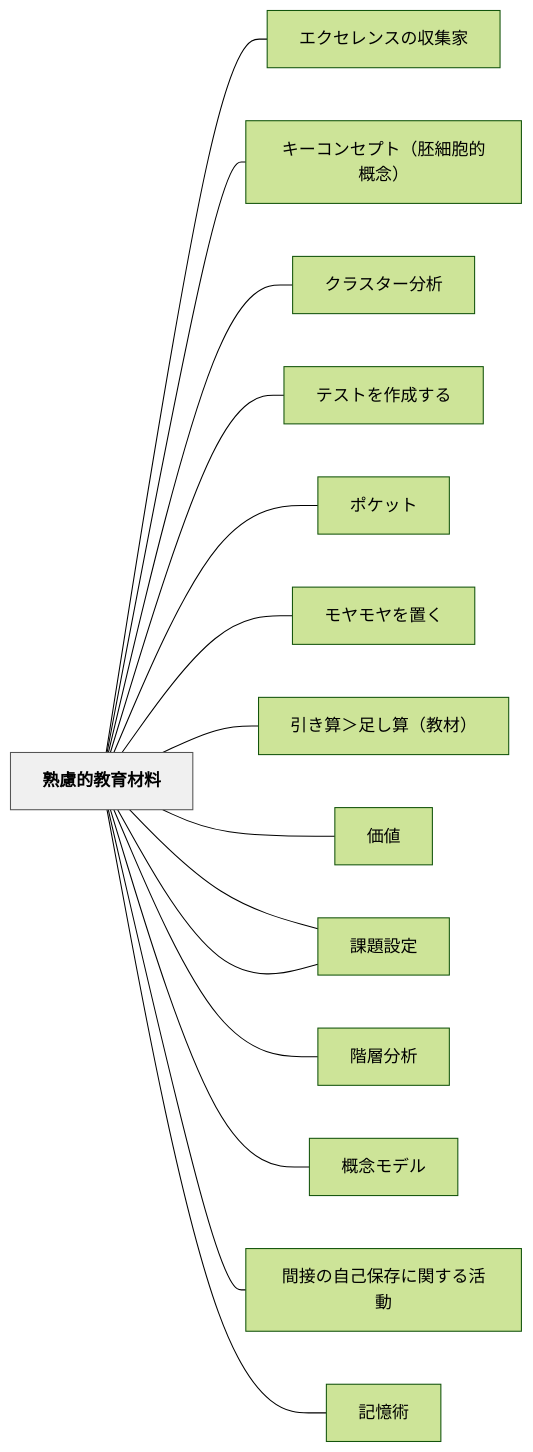
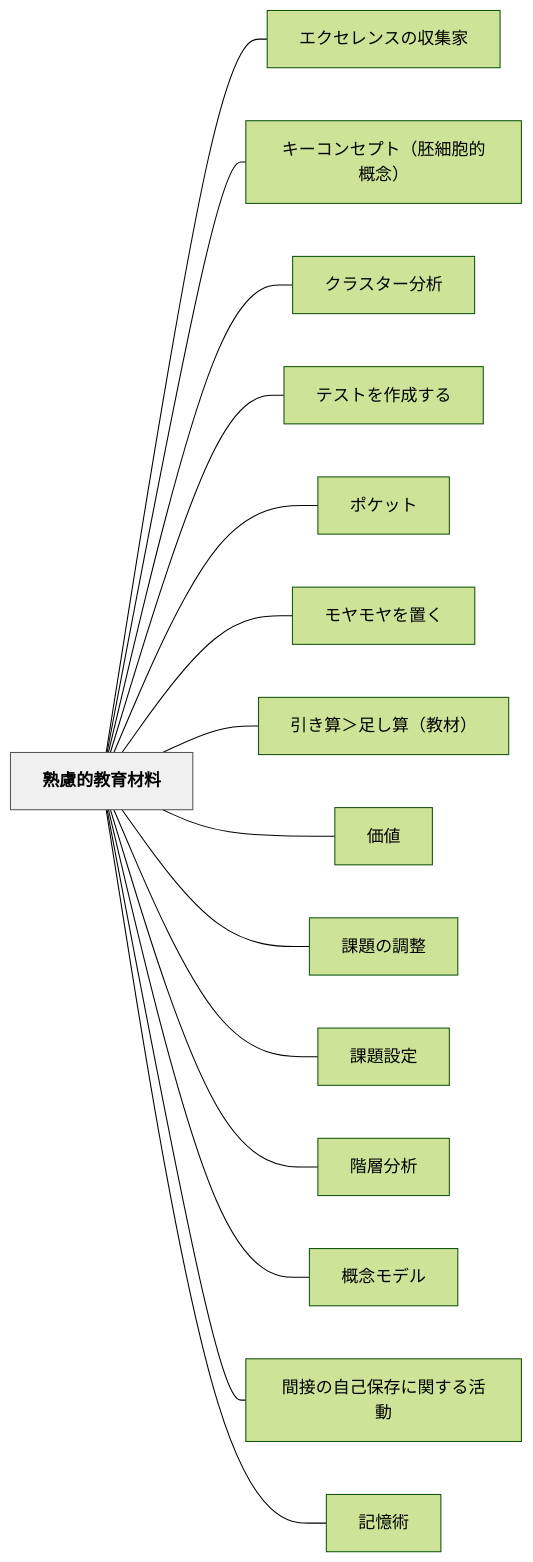
One commit to unknownthings-ed-patterns/unknownthings-ed-patterns changed the diagram in content/パタン/熟慮的教育材料.md. Above: the diagram before and after it, drawn with Mermaid (forest theme). The commit also changed 527 other files, not shown here.

````diff
--- a/content/パタン/熟慮的教育材料.md
+++ b/content/パタン/熟慮的教育材料.md
@@ -91,36 +91,36 @@
 ```mermaid
 flowchart LR
-    ne7869fe685ae["熟慮的教育材料"]
-    ne382a8e382af["エクセレンスの収集家"]
-    ne382ade383bc["キーコンセプト（胚細胞的概念）"]
-    ne382afe383a9["クラスター分析"]
-    ne38386e382b9["テストを作成する"]
-    ne3839de382b1["ポケット"]
-    ne383a2e383a4["モヤモヤを置く"]
-    ne5bc95e3818d["引き算＞足し算（教材）"]
+    ne7869fe685aee79a84e69599e882b2e69d90e69699["熟慮的教育材料"]
+    ne382a8e382afe382bbe383ace383b3e382b9e381aee58f8ee99b86e5aeb6["エクセレンスの収集家"]
+    ne382ade383bce382b3e383b3e382bbe38397e38388efbc88e8839ae7b4b0e8839ee79a84e6a682e5bfb5efbc89["キーコンセプト（胚細胞的概念）"]
+    ne382afe383a9e382b9e382bfe383bce58886e69e90["クラスター分析"]
+    ne38386e382b9e38388e38292e4bd9ce68890e38199e3828b["テストを作成する"]
+    ne3839de382b1e38383e38388["ポケット"]
+    ne383a2e383a4e383a2e383a4e38292e7bdaee3818f["モヤモヤを置く"]
+    ne5bc95e3818de7ae97efbc9ee8b6b3e38197e7ae97efbc88e69599e69d90efbc89["引き算＞足し算（教材）"]
     ne4bea1e580a4["価値"]
-    ne8aab2e9a18c["課題の調整"]
-    ne8aab2e9a18c["課題設定"]
-    ne99a8ee5b1a4["階層分析"]
-    ne6a682e5bfb5["概念モデル"]
-    ne99693e68ea5["間接の自己保存に関する活動"]
-    ne8a898e686b6["記憶術"]
+    ne8aab2e9a18ce381aee8aabfe695b4["課題の調整"]
+    ne8aab2e9a18ce8a8ade5ae9a["課題設定"]
+    ne99a8ee5b1a4e58886e69e90["階層分析"]
+    ne6a682e5bfb5e383a2e38387e383ab["概念モデル"]
+    ne99693e68ea5e381aee887aae5b7b1e4bf9de5ad98e381abe996a2e38199e3828be6b4bbe58b95["間接の自己保存に関する活動"]
+    ne8a898e686b6e8a193["記憶術"]
 
-    ne7869fe685ae --- ne382a8e382af
-    ne7869fe685ae --- ne382ade383bc
-    ne7869fe685ae --- ne382afe383a9
-    ne7869fe685ae --- ne38386e382b9
-    ne7869fe685ae --- ne3839de382b1
-    ne7869fe685ae --- ne383a2e383a4
-    ne7869fe685ae --- ne5bc95e3818d
-    ne7869fe685ae --- ne4bea1e580a4
-    ne7869fe685ae --- ne8aab2e9a18c
-    ne7869fe685ae --- ne8aab2e9a18c
-    ne7869fe685ae --- ne99a8ee5b1a4
-    ne7869fe685ae --- ne6a682e5bfb5
-    ne7869fe685ae --- ne99693e68ea5
-    ne7869fe685ae --- ne8a898e686b6
+    ne7869fe685aee79a84e69599e882b2e69d90e69699 --- ne382a8e382afe382bbe383ace383b3e382b9e381aee58f8ee99b86e5aeb6
+    ne7869fe685aee79a84e69599e882b2e69d90e69699 --- ne382ade383bce382b3e383b3e382bbe38397e38388efbc88e8839ae7b4b0e8839ee79a84e6a682e5bfb5efbc89
+    ne7869fe685aee79a84e69599e882b2e69d90e69699 --- ne382afe383a9e382b9e382bfe383bce58886e69e90
+    ne7869fe685aee79a84e69599e882b2e69d90e69699 --- ne38386e382b9e38388e38292e4bd9ce68890e38199e3828b
+    ne7869fe685aee79a84e69599e882b2e69d90e69699 --- ne3839de382b1e38383e38388
+    ne7869fe685aee79a84e69599e882b2e69d90e69699 --- ne383a2e383a4e383a2e383a4e38292e7bdaee3818f
+    ne7869fe685aee79a84e69599e882b2e69d90e69699 --- ne5bc95e3818de7ae97efbc9ee8b6b3e38197e7ae97efbc88e69599e69d90efbc89
+    ne7869fe685aee79a84e69599e882b2e69d90e69699 --- ne4bea1e580a4
+    ne7869fe685aee79a84e69599e882b2e69d90e69699 --- ne8aab2e9a18ce381aee8aabfe695b4
+    ne7869fe685aee79a84e69599e882b2e69d90e69699 --- ne8aab2e9a18ce8a8ade5ae9a
+    ne7869fe685aee79a84e69599e882b2e69d90e69699 --- ne99a8ee5b1a4e58886e69e90
+    ne7869fe685aee79a84e69599e882b2e69d90e69699 --- ne6a682e5bfb5e383a2e38387e383ab
+    ne7869fe685aee79a84e69599e882b2e69d90e69699 --- ne99693e68ea5e381aee887aae5b7b1e4bf9de5ad98e381abe996a2e38199e3828be6b4bbe58b95
+    ne7869fe685aee79a84e69599e882b2e69d90e69699 --- ne8a898e686b6e8a193
 
     classDef hub fill:#f0f0f0,stroke:#555,color:#000,font-weight:bold
-    class ne7869fe685ae hub
+    class ne7869fe685aee79a84e69599e882b2e69d90e69699 hub
 ```
````
